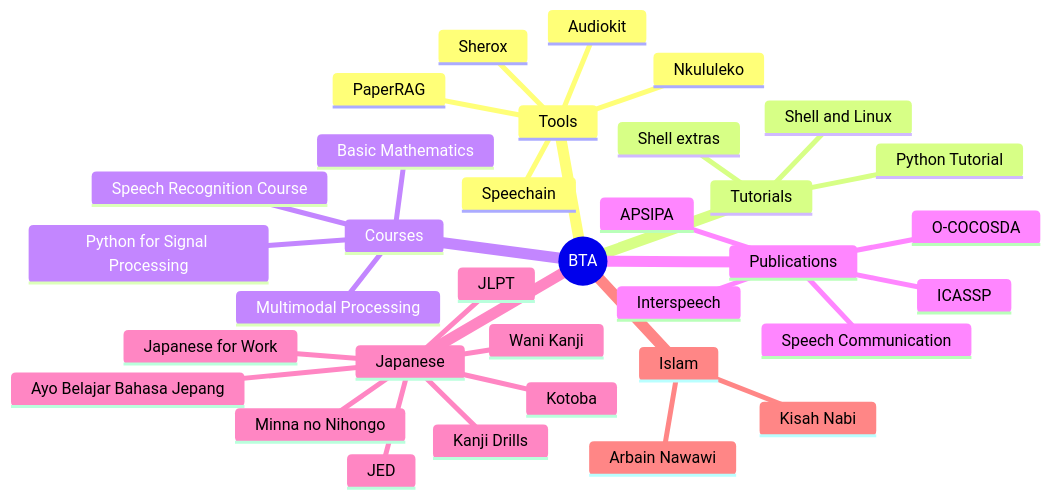
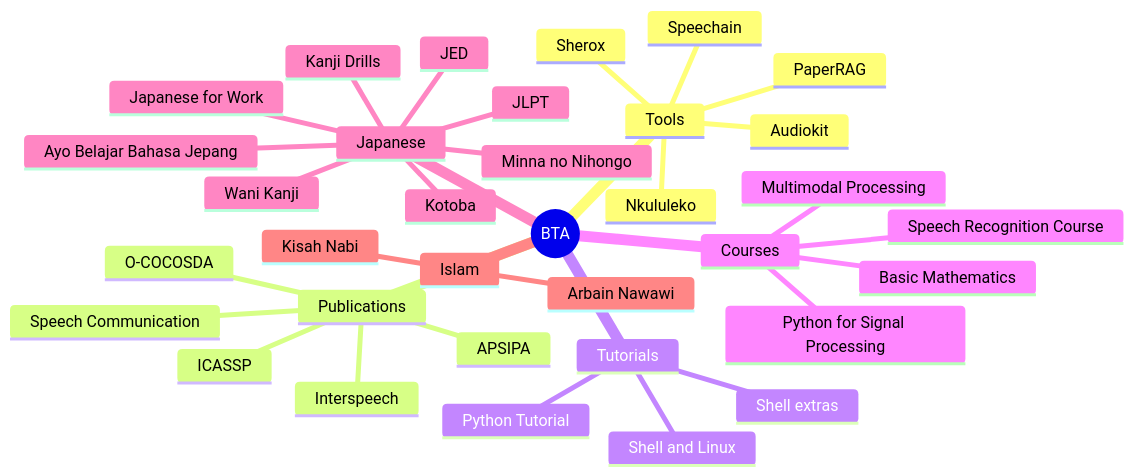
One commit to bagustris/bagustris.github.io changed the diagram in _pages/about.md. Above: the diagram before and after it, drawn with Mermaid.

```diff
--- a/_pages/about.md
+++ b/_pages/about.md
@@ -22,37 +22,37 @@
 <pre class="mermaid">
 mindmap
   root((BTA))
     Tools
       Nkululeko
       Speechain
       PaperRAG
       Audiokit
       Sherox
+    Publications
+      Speech Communication
+      ICASSP
+      Interspeech
+      O-COCOSDA
+      APSIPA
     Tutorials
       Shell and Linux
-      Python Tutorial 
+      Python Tutorial
       Shell extras
     Courses
       Speech Recognition Course
       Python for Signal Processing
       Multimodal Processing
       Basic Mathematics
-    Publications
-      Speech Communication  
-      ICASSP
-      Interspeech 
-      O-COCOSDA  
-      APSIPA
     Japanese
       Ayo Belajar Bahasa Jepang
       Minna no Nihongo
       Japanese for Work
       Kanji Drills
       Kotoba  
       JLPT  
       JED
-      Wani Kanji 
+      Wani Kanji
     Islam
-      Kisah Nabi 
+      Kisah Nabi
       Arbain Nawawi
 </pre>
```
